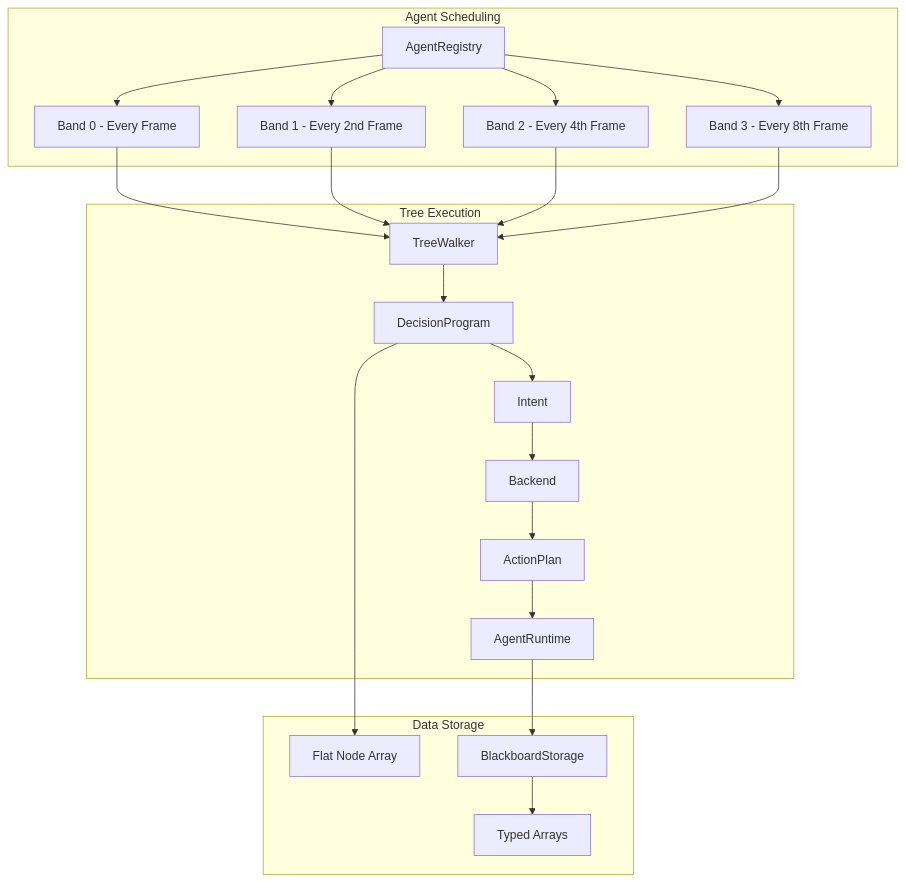
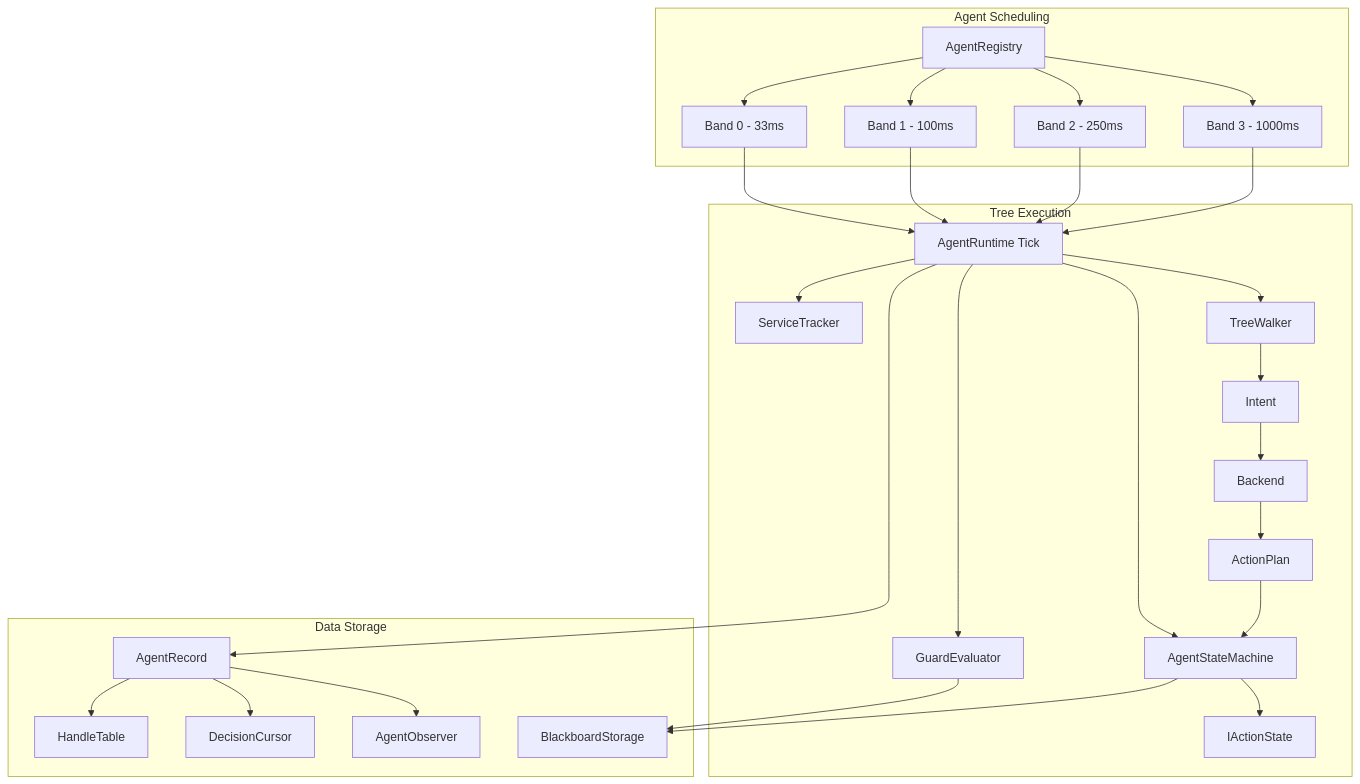
Before and after one commit to jabbadablack/G.O.A.T: the first of 4 diagrams in Docs/00 - Theory/Performance Model.md, drawn with Mermaid. The commit also changed other lines of this file and 82 other files, not shown here.

````diff
--- a/Docs/00 - Theory/Performance Model.md
+++ b/Docs/00 - Theory/Performance Model.md
@@ -23,27 +23,34 @@
 ```mermaid
 graph TD
     subgraph Scheduling[Agent Scheduling]
-        A[AgentRegistry] --> B[Band 0 - Every Frame]
-        A --> C[Band 1 - Every 2nd Frame]
-        A --> D[Band 2 - Every 4th Frame]
-        A --> E[Band 3 - Every 8th Frame]
+        A[AgentRegistry] --> B[Band 0 - 33ms]
+        A --> C[Band 1 - 100ms]
+        A --> D[Band 2 - 250ms]
+        A --> E[Band 3 - 1000ms]
     end
 
     subgraph Execution[Tree Execution]
-        B --> F[TreeWalker]
+        B --> F[AgentRuntime Tick]
         C --> F
         D --> F
         E --> F
-        F --> G[DecisionProgram]
-        G --> H[Intent]
-        H --> I[Backend]
-        I --> J[ActionPlan]
-        J --> K[AgentRuntime]
+        F --> G[GuardEvaluator]
+        F --> H[ServiceTracker]
+        F --> I[AgentStateMachine]
+        I --> J[IActionState]
+        F --> K[TreeWalker]
+        K --> L[Intent]
+        L --> M[Backend]
+        M --> N[ActionPlan]
+        N --> I
     end
 
     subgraph Storage[Data Storage]
-        G --> L[Flat Node Array]
-        K --> M[BlackboardStorage]
-        M --> N[Typed Arrays]
+        F --> O[AgentRecord]
+        O --> P[HandleTable]
+        O --> Q[DecisionCursor]
+        O --> R[AgentObserver]
+        G --> S[BlackboardStorage]
+        I --> S
     end
 ```
````
